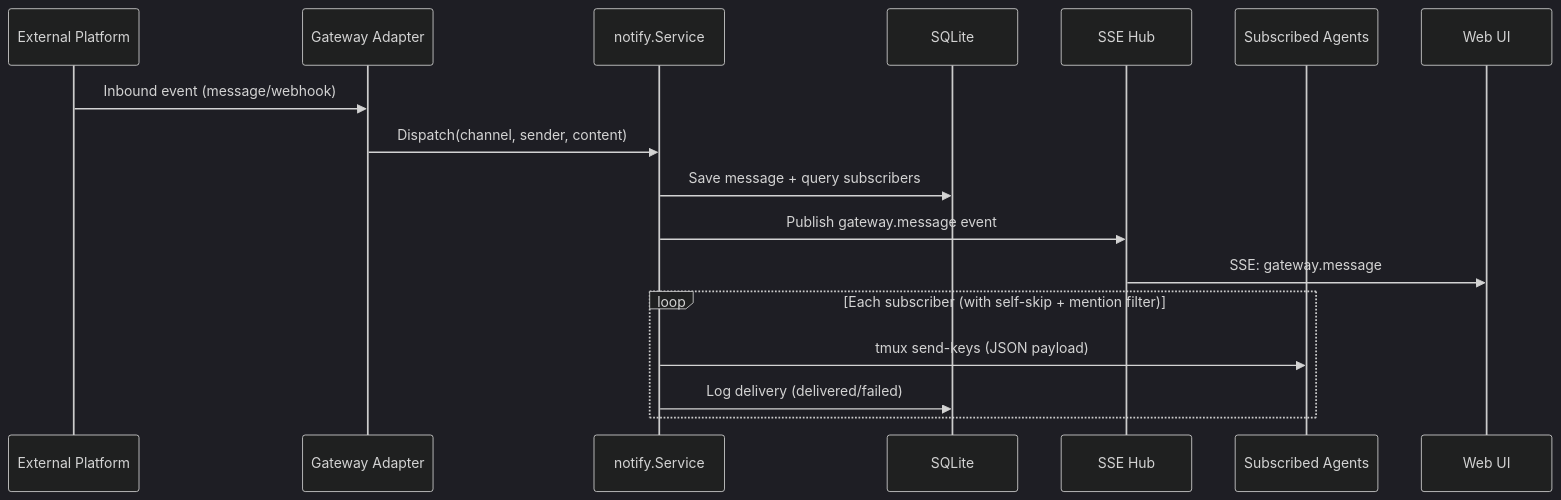
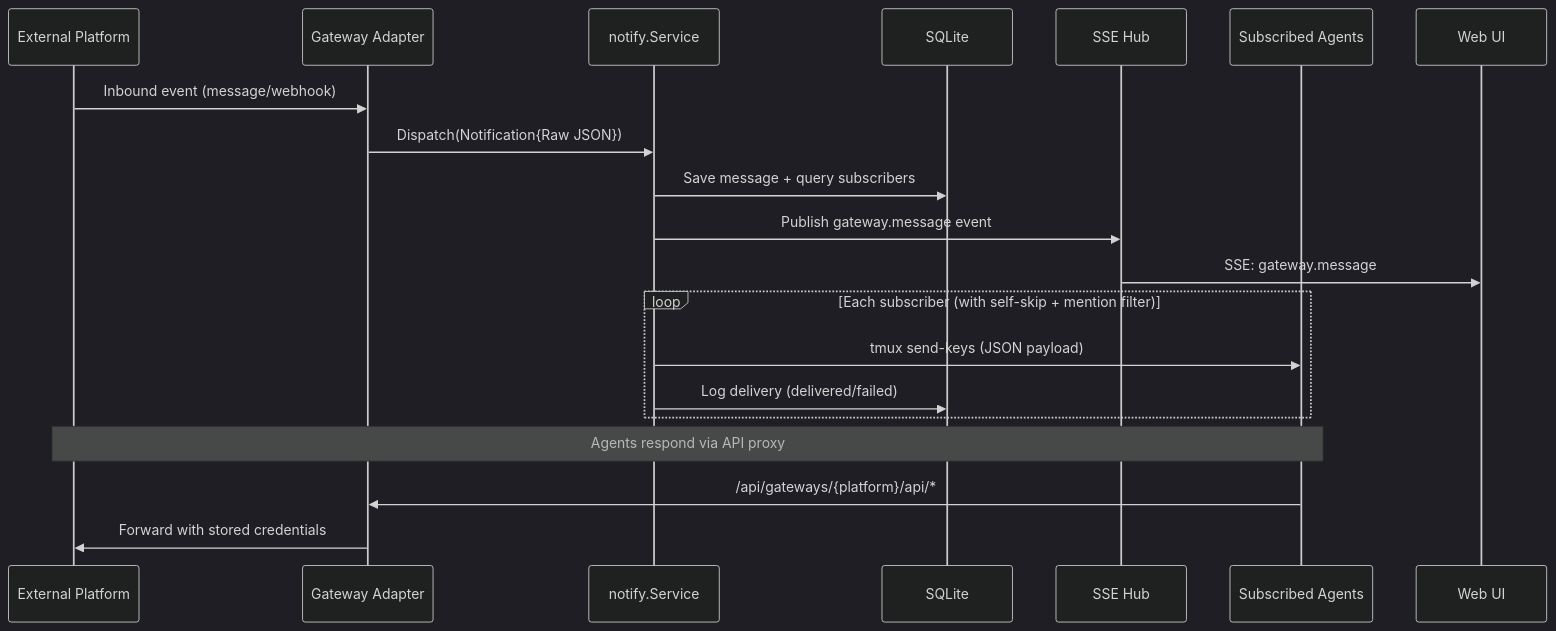
The second of 5 diagrams in docs/explanation/networking.md (rpuneet/bc), drawn with Mermaid (dark theme) before and after one commit. The commit also changed other lines of this file and 7 other files, not shown here.

First line of the commit message:
docs: update notification docs to reflect adapter 3-part pattern

````diff
--- a/docs/explanation/networking.md
+++ b/docs/explanation/networking.md
@@ -36,21 +36,25 @@
 ```mermaid
 sequenceDiagram
     participant Platform as External Platform
     participant Adapter as Gateway Adapter
     participant Notify as notify.Service
     participant DB as SQLite
     participant Hub as SSE Hub
     participant Agent as Subscribed Agents
     participant Web as Web UI
 
     Platform->>Adapter: Inbound event (message/webhook)
-    Adapter->>Notify: Dispatch(channel, sender, content)
+    Adapter->>Notify: Dispatch(Notification{Raw JSON})
     Notify->>DB: Save message + query subscribers
     Notify->>Hub: Publish gateway.message event
     Hub->>Web: SSE: gateway.message
 
     loop Each subscriber (with self-skip + mention filter)
         Notify->>Agent: tmux send-keys (JSON payload)
         Notify->>DB: Log delivery (delivered/failed)
     end
+
+    Note over Agent,Platform: Agents respond via API proxy
+    Agent->>Adapter: /api/gateways/{platform}/api/*
+    Adapter->>Platform: Forward with stored credentials
 ```
````
